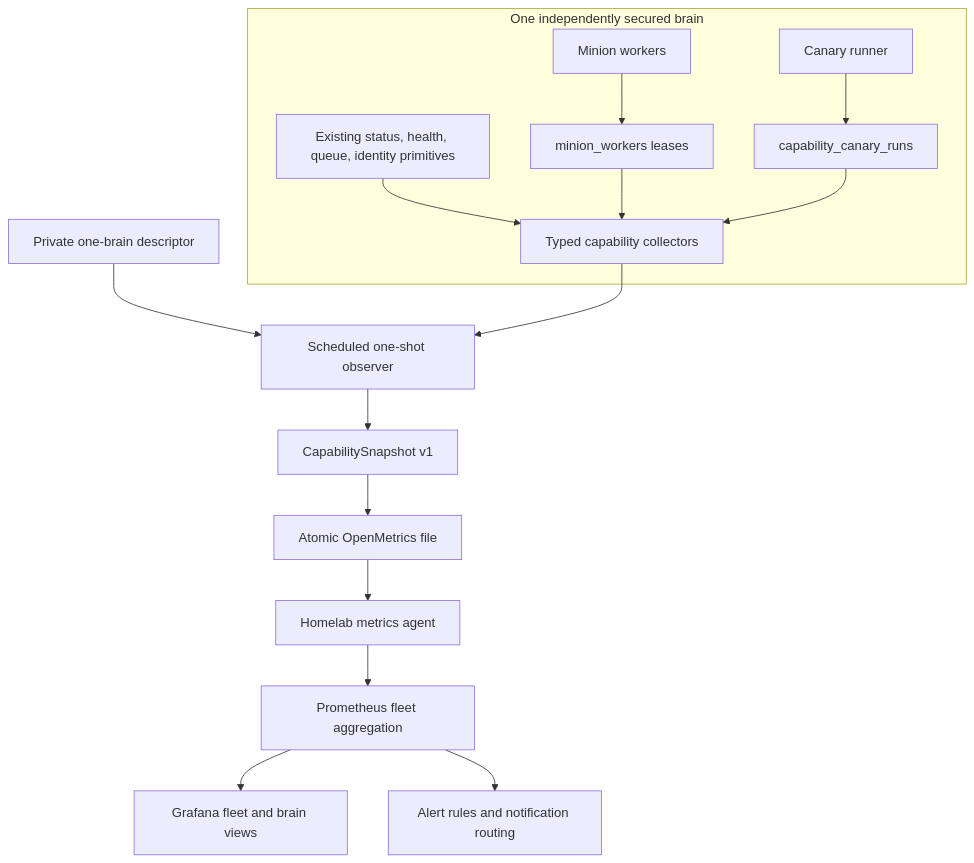
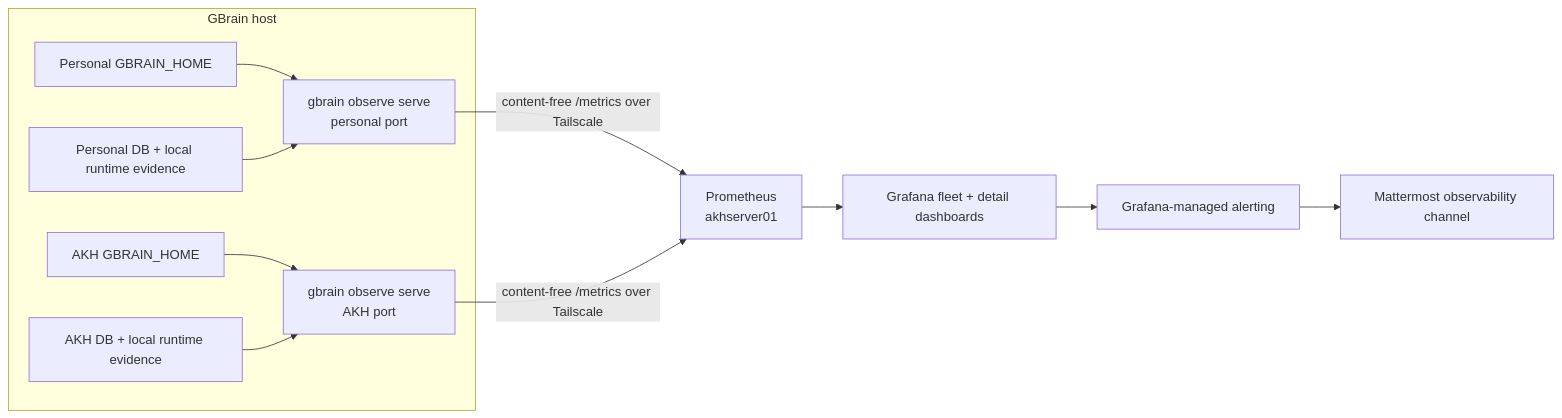
The first of 2 diagrams in docs/plans/2026-07-23-001-feat-establish-operational-truth-plan.md (aaronkhawkins/gbrain), drawn with Mermaid before and after one commit. The commit also changed other lines of this file, not shown here.

````diff
--- a/docs/plans/2026-07-23-001-feat-establish-operational-truth-plan.md
+++ b/docs/plans/2026-07-23-001-feat-establish-operational-truth-plan.md
@@ -148,25 +168,15 @@
 ```mermaid
-flowchart TB
-    subgraph brain["One independently secured brain"]
-      status["Existing status, health, queue, identity primitives"]
-      workers["Minion workers"]
-      lease["minion_workers leases"]
-      receipts["capability_canary_runs"]
-      canary["Canary runner"]
-      collectors["Typed capability collectors"]
-      status --> collectors
-      workers --> lease
-      lease --> collectors
-      receipts --> collectors
-      canary --> receipts
+flowchart LR
+    subgraph host["GBrain host"]
+      pconfig["Personal GBRAIN_HOME"] --> pobserver["gbrain observe serve<br/>personal port"]
+      aconfig["AKH GBRAIN_HOME"] --> aobserver["gbrain observe serve<br/>AKH port"]
+      pbrain["Personal DB + local runtime evidence"] --> pobserver
+      abrain["AKH DB + local runtime evidence"] --> aobserver
     end
 
-    descriptor["Private one-brain descriptor"] --> observer["Scheduled one-shot observer"]
-    collectors --> observer
-    observer --> snapshot["CapabilitySnapshot v1"]
-    snapshot --> metrics["Atomic OpenMetrics file"]
-    metrics --> agent["Homelab metrics agent"]
-    agent --> prometheus["Prometheus fleet aggregation"]
-    prometheus --> grafana["Grafana fleet and brain views"]
-    prometheus --> alerts["Alert rules and notification routing"]
+    pobserver -->|"content-free /metrics over Tailscale"| prometheus["Prometheus<br/>akhserver01"]
+    aobserver -->|"content-free /metrics over Tailscale"| prometheus
+    prometheus --> grafana["Grafana fleet + detail dashboards"]
+    grafana --> alerts["Grafana-managed alerting"]
+    alerts --> mattermost["Mattermost observability channel"]
 ```
````
